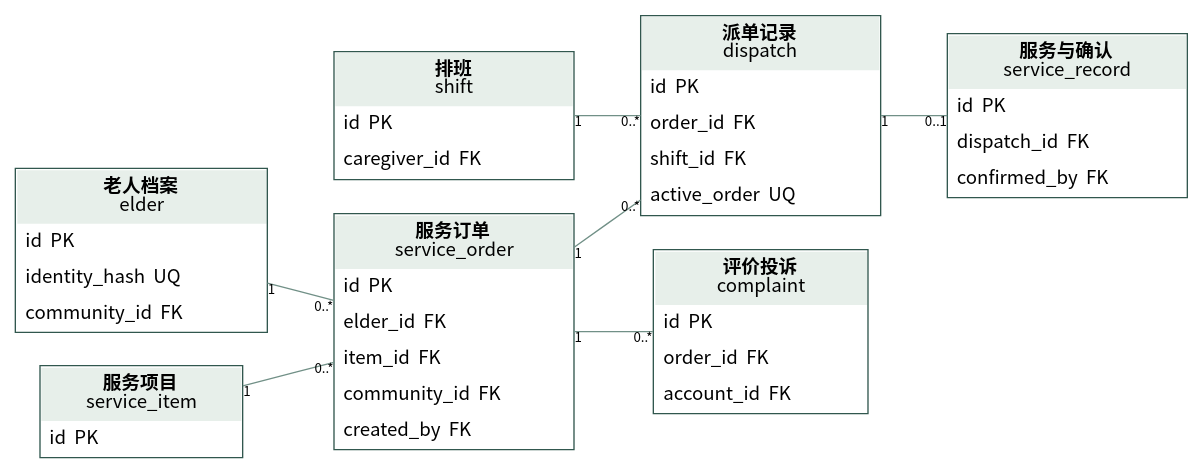
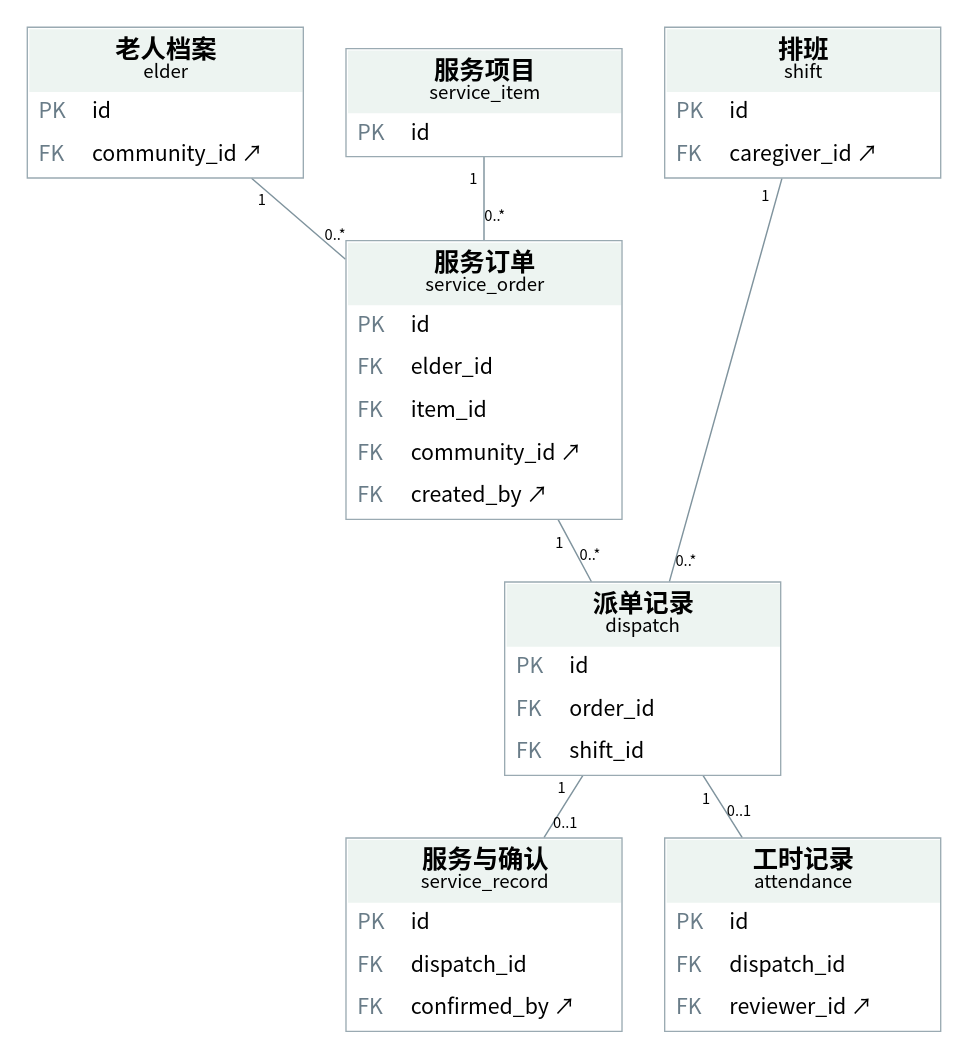
One commit to Herbertlyw/db_eldercare changed the diagram in docs/diagrams/B-uml.dot. Above: the diagram before and after it, drawn with Graphviz. The commit also changed 173 other files, not shown here.

```diff
--- a/docs/diagrams/B-uml.dot
+++ b/docs/diagrams/B-uml.dot
@@ -1,15 +1,19 @@
-digraph G { graph [rankdir=LR, bgcolor="white",nodesep=0.35,ranksep=0.7]; node [fontname="Noto Sans CJK SC",fontsize=14,color="#31574e"]; edge [fontname="Noto Sans CJK SC",fontsize=10,color="#719087",arrowsize=0.6];
-elder [shape=plain,label=<<TABLE BORDER="1" CELLBORDER="0" CELLSPACING="0" CELLPADDING="6"><TR><TD BGCOLOR="#e7efea" WIDTH="187"><B>老人档案</B><BR/>elder</TD></TR><TR><TD ALIGN="LEFT" WIDTH="187">id  PK</TD></TR><TR><TD ALIGN="LEFT" WIDTH="187">identity_hash  UQ</TD></TR><TR><TD ALIGN="LEFT" WIDTH="187">community_id  FK</TD></TR></TABLE>>];
-service_item [shape=plain,label=<<TABLE BORDER="1" CELLBORDER="0" CELLSPACING="0" CELLPADDING="6"><TR><TD BGCOLOR="#e7efea" WIDTH="150"><B>服务项目</B><BR/>service_item</TD></TR><TR><TD ALIGN="LEFT" WIDTH="150">id  PK</TD></TR></TABLE>>];
-service_order [shape=plain,label=<<TABLE BORDER="1" CELLBORDER="0" CELLSPACING="0" CELLPADDING="6"><TR><TD BGCOLOR="#e7efea" WIDTH="178"><B>服务订单</B><BR/>service_order</TD></TR><TR><TD ALIGN="LEFT" WIDTH="178">id  PK</TD></TR><TR><TD ALIGN="LEFT" WIDTH="178">elder_id  FK</TD></TR><TR><TD ALIGN="LEFT" WIDTH="178">item_id  FK</TD></TR><TR><TD ALIGN="LEFT" WIDTH="178">community_id  FK</TD></TR><TR><TD ALIGN="LEFT" WIDTH="178">created_by  FK</TD></TR></TABLE>>];
-dispatch [shape=plain,label=<<TABLE BORDER="1" CELLBORDER="0" CELLSPACING="0" CELLPADDING="6"><TR><TD BGCOLOR="#e7efea" WIDTH="178"><B>派单记录</B><BR/>dispatch</TD></TR><TR><TD ALIGN="LEFT" WIDTH="178">id  PK</TD></TR><TR><TD ALIGN="LEFT" WIDTH="178">order_id  FK</TD></TR><TR><TD ALIGN="LEFT" WIDTH="178">shift_id  FK</TD></TR><TR><TD ALIGN="LEFT" WIDTH="178">active_order  UQ</TD></TR></TABLE>>];
-service_record [shape=plain,label=<<TABLE BORDER="1" CELLBORDER="0" CELLSPACING="0" CELLPADDING="6"><TR><TD BGCOLOR="#e7efea" WIDTH="178"><B>服务与确认</B><BR/>service_record</TD></TR><TR><TD ALIGN="LEFT" WIDTH="178">id  PK</TD></TR><TR><TD ALIGN="LEFT" WIDTH="178">dispatch_id  FK</TD></TR><TR><TD ALIGN="LEFT" WIDTH="178">confirmed_by  FK</TD></TR></TABLE>>];
-complaint [shape=plain,label=<<TABLE BORDER="1" CELLBORDER="0" CELLSPACING="0" CELLPADDING="6"><TR><TD BGCOLOR="#e7efea" WIDTH="159"><B>评价投诉</B><BR/>complaint</TD></TR><TR><TD ALIGN="LEFT" WIDTH="159">id  PK</TD></TR><TR><TD ALIGN="LEFT" WIDTH="159">order_id  FK</TD></TR><TR><TD ALIGN="LEFT" WIDTH="159">account_id  FK</TD></TR></TABLE>>];
-shift [shape=plain,label=<<TABLE BORDER="1" CELLBORDER="0" CELLSPACING="0" CELLPADDING="6"><TR><TD BGCOLOR="#e7efea" WIDTH="178"><B>排班</B><BR/>shift</TD></TR><TR><TD ALIGN="LEFT" WIDTH="178">id  PK</TD></TR><TR><TD ALIGN="LEFT" WIDTH="178">caregiver_id  FK</TD></TR></TABLE>>];
-service_order -> complaint [arrowhead=none,taillabel="1",headlabel="0..*"];
+digraph G { graph [rankdir=TB,bgcolor="white",nodesep=0.45,ranksep=0.65,pad=0.18,splines=polyline,outputorder=edgesfirst]; node [fontname="Noto Sans CJK SC",fontsize=16]; edge [fontname="Noto Sans CJK SC",fontsize=11,color="#80949e",arrowsize=0.5,penwidth=1.1,labeldistance=1.9];
+elder [shape=plain,label=<<TABLE BORDER="1" COLOR="#9AAAB2" CELLBORDER="0" CELLSPACING="0" CELLPADDING="7"><TR><TD COLSPAN="2" WIDTH="205" BGCOLOR="#EDF4F1"><FONT POINT-SIZE="19"><B>老人档案</B></FONT><BR/><FONT POINT-SIZE="14">elder</FONT></TD></TR><TR><TD ALIGN="LEFT" WIDTH="40"><FONT COLOR="#697C88">PK</FONT></TD><TD ALIGN="LEFT" WIDTH="165">id</TD></TR><TR><TD ALIGN="LEFT" WIDTH="40"><FONT COLOR="#697C88">FK</FONT></TD><TD ALIGN="LEFT" WIDTH="165">community_id ↗</TD></TR></TABLE>>];
+service_item [shape=plain,label=<<TABLE BORDER="1" COLOR="#9AAAB2" CELLBORDER="0" CELLSPACING="0" CELLPADDING="7"><TR><TD COLSPAN="2" WIDTH="205" BGCOLOR="#EDF4F1"><FONT POINT-SIZE="19"><B>服务项目</B></FONT><BR/><FONT POINT-SIZE="14">service_item</FONT></TD></TR><TR><TD ALIGN="LEFT" WIDTH="40"><FONT COLOR="#697C88">PK</FONT></TD><TD ALIGN="LEFT" WIDTH="165">id</TD></TR></TABLE>>];
+service_order [shape=plain,label=<<TABLE BORDER="1" COLOR="#9AAAB2" CELLBORDER="0" CELLSPACING="0" CELLPADDING="7"><TR><TD COLSPAN="2" WIDTH="205" BGCOLOR="#EDF4F1"><FONT POINT-SIZE="19"><B>服务订单</B></FONT><BR/><FONT POINT-SIZE="14">service_order</FONT></TD></TR><TR><TD ALIGN="LEFT" WIDTH="40"><FONT COLOR="#697C88">PK</FONT></TD><TD ALIGN="LEFT" WIDTH="165">id</TD></TR><TR><TD ALIGN="LEFT" WIDTH="40"><FONT COLOR="#697C88">FK</FONT></TD><TD ALIGN="LEFT" WIDTH="165">elder_id</TD></TR><TR><TD ALIGN="LEFT" WIDTH="40"><FONT COLOR="#697C88">FK</FONT></TD><TD ALIGN="LEFT" WIDTH="165">item_id</TD></TR><TR><TD ALIGN="LEFT" WIDTH="40"><FONT COLOR="#697C88">FK</FONT></TD><TD ALIGN="LEFT" WIDTH="165">community_id ↗</TD></TR><TR><TD ALIGN="LEFT" WIDTH="40"><FONT COLOR="#697C88">FK</FONT></TD><TD ALIGN="LEFT" WIDTH="165">created_by ↗</TD></TR></TABLE>>];
+dispatch [shape=plain,label=<<TABLE BORDER="1" COLOR="#9AAAB2" CELLBORDER="0" CELLSPACING="0" CELLPADDING="7"><TR><TD COLSPAN="2" WIDTH="205" BGCOLOR="#EDF4F1"><FONT POINT-SIZE="19"><B>派单记录</B></FONT><BR/><FONT POINT-SIZE="14">dispatch</FONT></TD></TR><TR><TD ALIGN="LEFT" WIDTH="40"><FONT COLOR="#697C88">PK</FONT></TD><TD ALIGN="LEFT" WIDTH="165">id</TD></TR><TR><TD ALIGN="LEFT" WIDTH="40"><FONT COLOR="#697C88">FK</FONT></TD><TD ALIGN="LEFT" WIDTH="165">order_id</TD></TR><TR><TD ALIGN="LEFT" WIDTH="40"><FONT COLOR="#697C88">FK</FONT></TD><TD ALIGN="LEFT" WIDTH="165">shift_id</TD></TR></TABLE>>];
+service_record [shape=plain,label=<<TABLE BORDER="1" COLOR="#9AAAB2" CELLBORDER="0" CELLSPACING="0" CELLPADDING="7"><TR><TD COLSPAN="2" WIDTH="205" BGCOLOR="#EDF4F1"><FONT POINT-SIZE="19"><B>服务与确认</B></FONT><BR/><FONT POINT-SIZE="14">service_record</FONT></TD></TR><TR><TD ALIGN="LEFT" WIDTH="40"><FONT COLOR="#697C88">PK</FONT></TD><TD ALIGN="LEFT" WIDTH="165">id</TD></TR><TR><TD ALIGN="LEFT" WIDTH="40"><FONT COLOR="#697C88">FK</FONT></TD><TD ALIGN="LEFT" WIDTH="165">dispatch_id</TD></TR><TR><TD ALIGN="LEFT" WIDTH="40"><FONT COLOR="#697C88">FK</FONT></TD><TD ALIGN="LEFT" WIDTH="165">confirmed_by ↗</TD></TR></TABLE>>];
+attendance [shape=plain,label=<<TABLE BORDER="1" COLOR="#9AAAB2" CELLBORDER="0" CELLSPACING="0" CELLPADDING="7"><TR><TD COLSPAN="2" WIDTH="205" BGCOLOR="#EDF4F1"><FONT POINT-SIZE="19"><B>工时记录</B></FONT><BR/><FONT POINT-SIZE="14">attendance</FONT></TD></TR><TR><TD ALIGN="LEFT" WIDTH="40"><FONT COLOR="#697C88">PK</FONT></TD><TD ALIGN="LEFT" WIDTH="165">id</TD></TR><TR><TD ALIGN="LEFT" WIDTH="40"><FONT COLOR="#697C88">FK</FONT></TD><TD ALIGN="LEFT" WIDTH="165">dispatch_id</TD></TR><TR><TD ALIGN="LEFT" WIDTH="40"><FONT COLOR="#697C88">FK</FONT></TD><TD ALIGN="LEFT" WIDTH="165">reviewer_id ↗</TD></TR></TABLE>>];
+shift [shape=plain,label=<<TABLE BORDER="1" COLOR="#9AAAB2" CELLBORDER="0" CELLSPACING="0" CELLPADDING="7"><TR><TD COLSPAN="2" WIDTH="205" BGCOLOR="#EDF4F1"><FONT POINT-SIZE="19"><B>排班</B></FONT><BR/><FONT POINT-SIZE="14">shift</FONT></TD></TR><TR><TD ALIGN="LEFT" WIDTH="40"><FONT COLOR="#697C88">PK</FONT></TD><TD ALIGN="LEFT" WIDTH="165">id</TD></TR><TR><TD ALIGN="LEFT" WIDTH="40"><FONT COLOR="#697C88">FK</FONT></TD><TD ALIGN="LEFT" WIDTH="165">caregiver_id ↗</TD></TR></TABLE>>];
+dispatch -> attendance [arrowhead=none,taillabel="1",headlabel="0..1"];
 service_order -> dispatch [arrowhead=none,taillabel="1",headlabel="0..*"];
 shift -> dispatch [arrowhead=none,taillabel="1",headlabel="0..*"];
 elder -> service_order [arrowhead=none,taillabel="1",headlabel="0..*"];
 service_item -> service_order [arrowhead=none,taillabel="1",headlabel="0..*"];
 dispatch -> service_record [arrowhead=none,taillabel="1",headlabel="0..1"];
+{rank=same;elder;service_item;shift;}
+{rank=same;service_order;}
+{rank=same;dispatch;}
+{rank=same;service_record;attendance;}
 }
```
